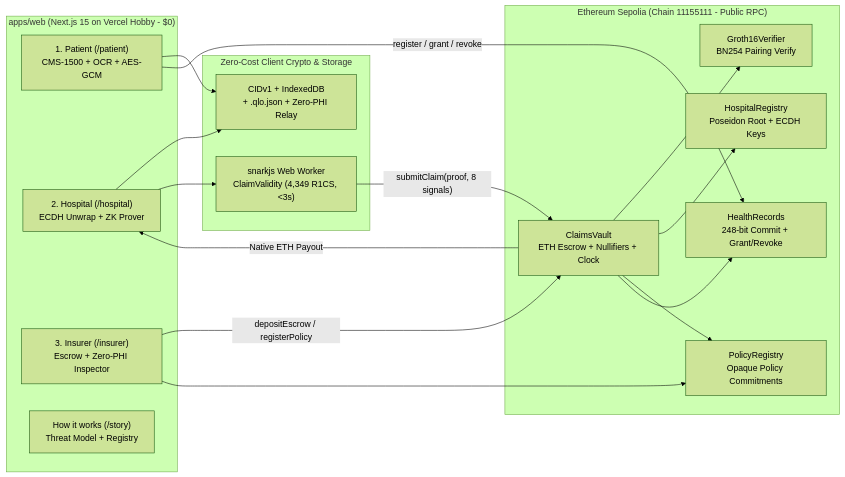
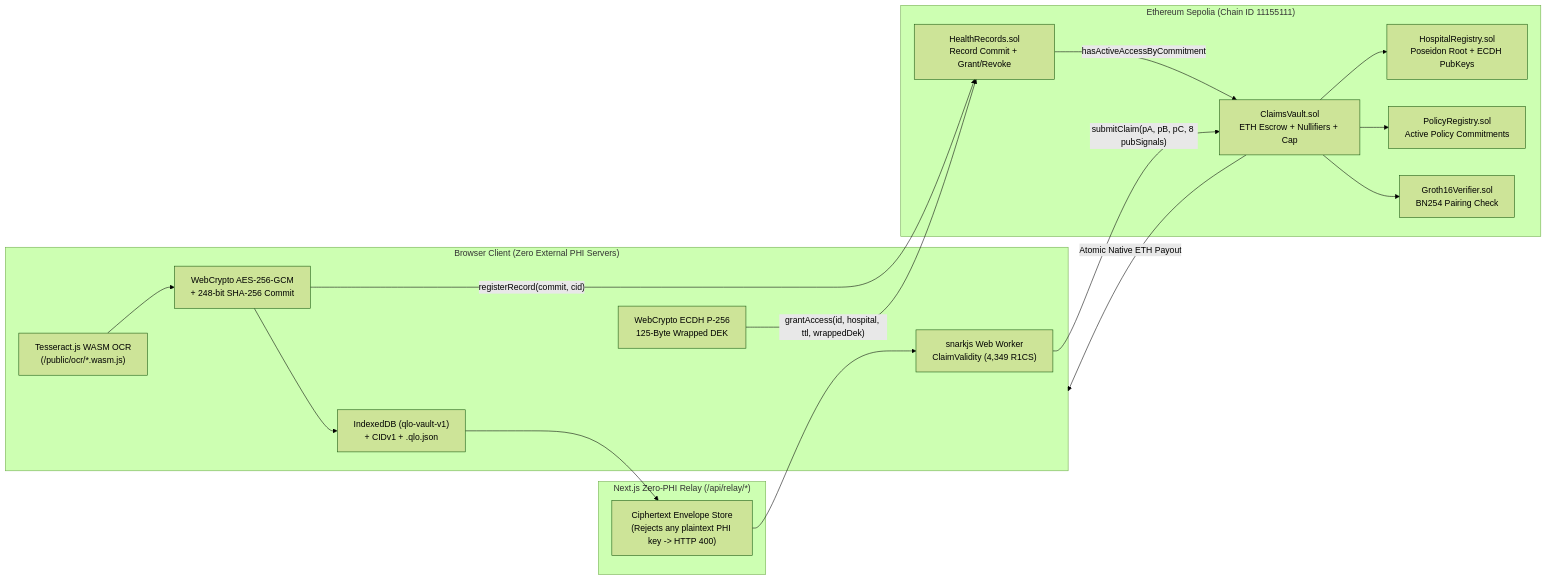
One commit to SM1LE-X/Qlo changed the first of 2 diagrams in README.md. Above: the diagram before and after it, drawn with Mermaid (forest theme). The commit also changed other lines of this file and 8 other files, not shown here.

````diff
--- a/README.md
+++ b/README.md
@@ -29,35 +109,35 @@
 ```mermaid
 flowchart LR
-  subgraph web ["apps/web (Next.js 15 on Vercel Hobby - $0)"]
-    Patient["1. Patient (/patient)\nCMS-1500 + OCR + AES-GCM"]
-    Hospital["2. Hospital (/hospital)\nECDH Unwrap + ZK Prover"]
-    Insurer["3. Insurer (/insurer)\nEscrow + Zero-PHI Inspector"]
-    Story["How it works (/story)\nThreat Model + Registry"]
+  subgraph Client ["Browser Client (Zero External PHI Servers)"]
+    OCR["Tesseract.js WASM OCR\n(/public/ocr/*.wasm.js)"]
+    AES["WebCrypto AES-256-GCM\n+ 248-bit SHA-256 Commit"]
+    ECDH["WebCrypto ECDH P-256\n125-Byte Wrapped DEK"]
+    VaultStore["IndexedDB (qlo-vault-v1)\n+ CIDv1 + .qlo.json"]
+    Worker["snarkjs Web Worker\nClaimValidity (4,349 R1CS)"]
   end
 
-  subgraph local ["Zero-Cost Client Crypto & Storage"]
-    CIDStore["CIDv1 + IndexedDB\n+ .qlo.json + Zero-PHI Relay"]
-    Prover["snarkjs Web Worker\nClaimValidity (4,349 R1CS, <3s)"]
+  subgraph Relay ["Next.js Zero-PHI Relay (/api/relay/*)"]
+    CipherRelay["Ciphertext Envelope Store\n(Rejects any plaintext PHI key -> HTTP 400)"]
   end
 
-  subgraph chain ["Ethereum Sepolia (Chain 11155111 - Public RPC)"]
-    HReg["HospitalRegistry\nPoseidon Root + ECDH Keys"]
-    PReg["PolicyRegistry\nOpaque Policy Commitments"]
-    HRec["HealthRecords\n248-bit Commit + Grant/Revoke"]
-    Vault["ClaimsVault\nETH Escrow + Nullifiers + Clock"]
-    Ver["Groth16Verifier\nBN254 Pairing Verify"]
+  subgraph Sepolia ["Ethereum Sepolia (Chain ID 11155111)"]
+    HReg["HospitalRegistry.sol\nPoseidon Root + ECDH PubKeys"]
+    PReg["PolicyRegistry.sol\nActive Policy Commitments"]
+    HRec["HealthRecords.sol\nRecord Commit + Grant/Revoke"]
+    CVault["ClaimsVault.sol\nETH Escrow + Nullifiers + Cap"]
+    GVer["Groth16Verifier.sol\nBN254 Pairing Check"]
   end
 
-  Patient --> CIDStore
-  Patient -->|"register / grant / revoke"| HRec
-  Hospital --> CIDStore
-  Hospital --> Prover
-  Prover -->|"submitClaim(proof, 8 signals)"| Vault
-  Vault --> Ver
-  Vault --> HReg
-  Vault --> PReg
-  Vault --> HRec
-  Vault -->|"Native ETH Payout"| Hospital
-  Insurer -->|"depositEscrow / registerPolicy"| Vault
-  Insurer --> PReg
+  OCR --> AES
+  AES --> VaultStore
+  VaultStore --> CipherRelay
+  AES -->|"registerRecord(commit, cid)"| HRec
+  ECDH -->|"grantAccess(id, hospital, ttl, wrappedDek)"| HRec
+  CipherRelay --> Worker
+  HRec -->|"hasActiveAccessByCommitment"| CVault
+  Worker -->|"submitClaim(pA, pB, pC, 8 pubSignals)"| CVault
+  CVault --> GVer
+  CVault --> HReg
+  CVault --> PReg
+  CVault -->|"Atomic Native ETH Payout"| Client
 ```
````
